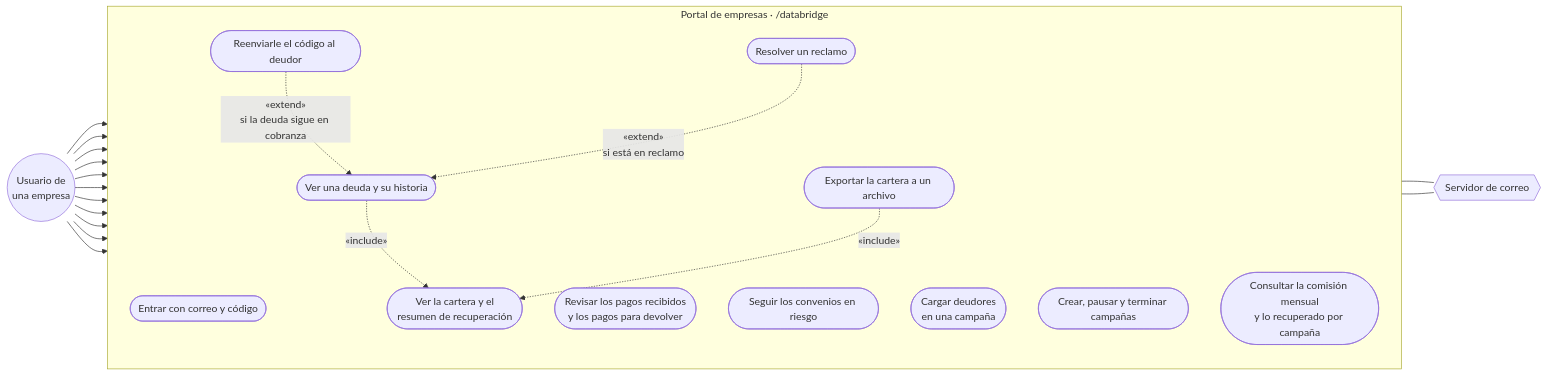
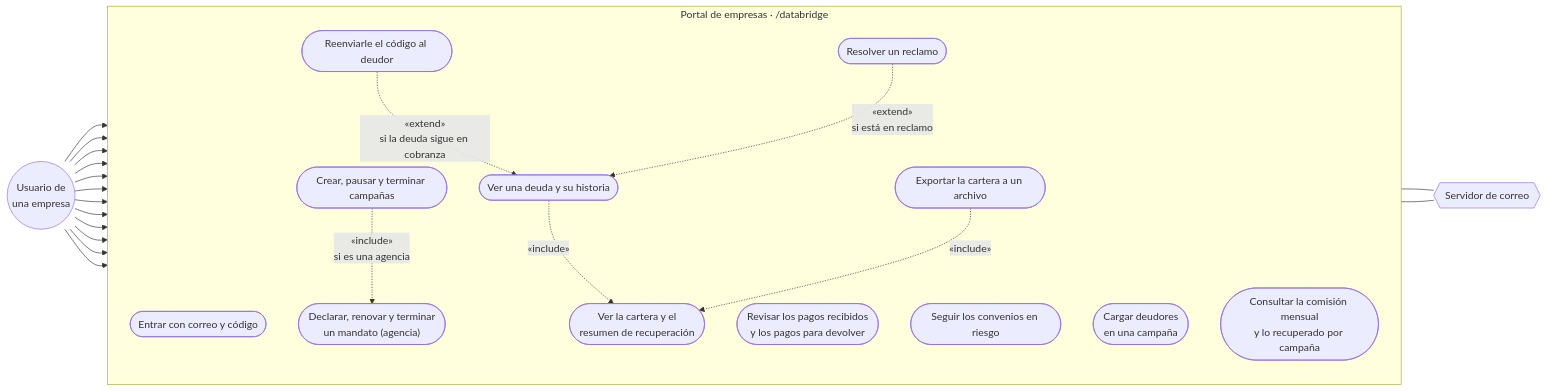
One commit to TechnicalBridge/DataBridge changed the third of 6 diagrams in docs/diagramas/casos-de-uso.md. Above: the diagram before and after it, drawn with Mermaid. The commit also changed other lines of this file and 31 other files, not shown here.

````diff
--- a/docs/diagramas/casos-de-uso.md
+++ b/docs/diagramas/casos-de-uso.md
@@ -144,27 +144,29 @@
 ```mermaid
 flowchart LR
     USU(("Usuario de<br/>una empresa"))
     subgraph DBE["Portal de empresas · /databridge"]
         direction TB
         E1(["Entrar con correo y código"])
         E2(["Ver la cartera y el<br/>resumen de recuperación"])
         E3(["Ver una deuda y su historia"])
         E4(["Reenviarle el código al deudor"])
         E5(["Resolver un reclamo"])
         E6(["Revisar los pagos recibidos<br/>y los pagos para devolver"])
         E7(["Seguir los convenios en riesgo"])
         E8(["Cargar deudores<br/>en una campaña"])
         E9(["Crear, pausar y terminar campañas"])
+        E13(["Declarar, renovar y terminar<br/>un mandato (agencia)"])
         E12(["Consultar la comisión mensual<br/>y lo recuperado por campaña"])
         E11(["Exportar la cartera a un archivo"])
     end
     COR{{"Servidor de correo"}}
 
-    USU --> E1 & E2 & E3 & E4 & E5 & E6 & E7 & E8 & E9 & E11 & E12
+    USU --> E1 & E2 & E3 & E4 & E5 & E6 & E7 & E8 & E9 & E11 & E12 & E13
+    E9 -. "«include»<br/>si es una agencia" .-> E13
     E3 -. "«include»" .-> E2
     E4 -. "«extend»<br/>si la deuda sigue en cobranza" .-> E3
     E5 -. "«extend»<br/>si está en reclamo" .-> E3
     E11 -. "«include»" .-> E2
     E1 --- COR
     E4 --- COR
 ```
````
